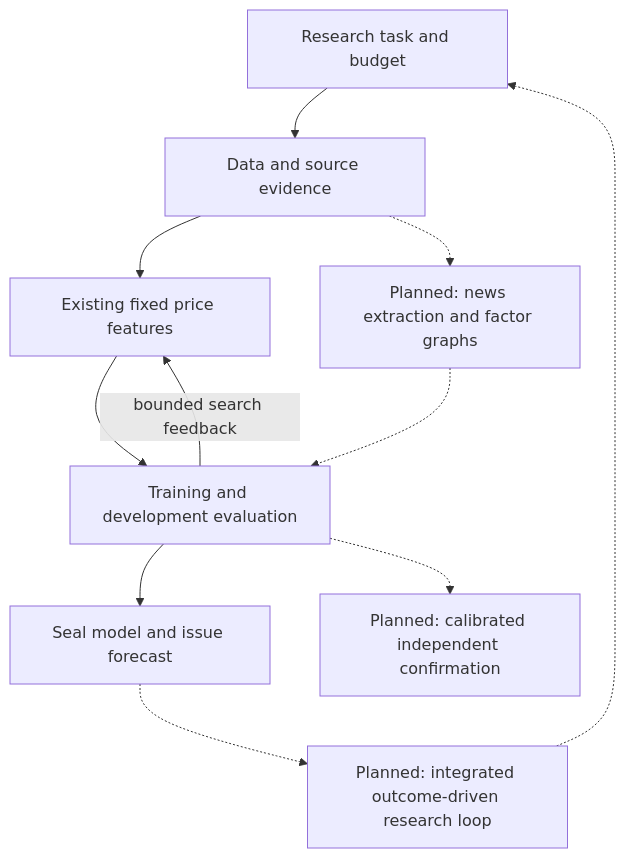
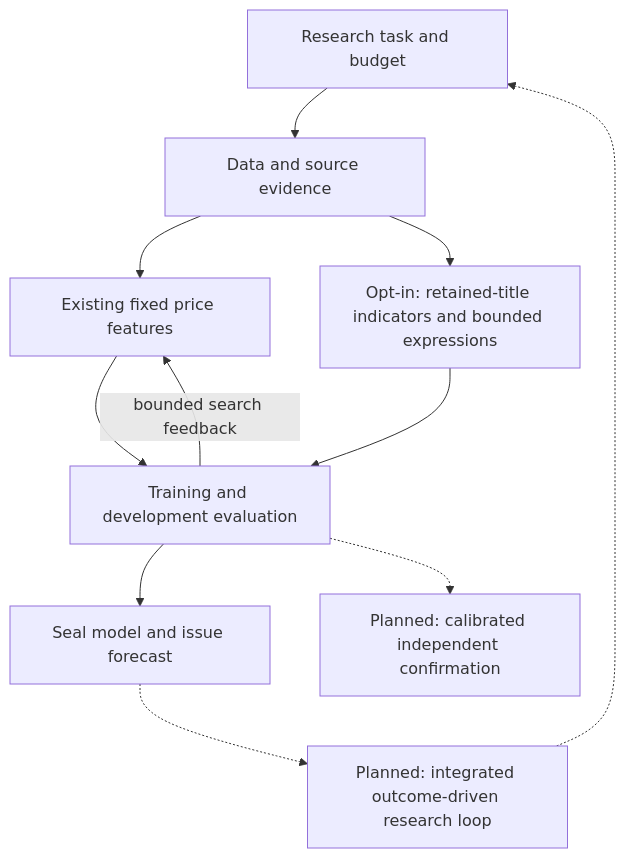
Before and after one commit to chickeyton/Quant_RSI: the second of 2 diagrams in README.md, drawn with Mermaid. The commit also changed other lines of this file and 16 other files, not shown here.

Commit message:
Add bounded factor discovery and event lifecycles

````diff
--- a/README.md
+++ b/README.md
@@ -57,13 +59,13 @@
 ```mermaid
 flowchart TD
     A["Research task and budget"] --> B["Data and source evidence"]
     B --> C["Existing fixed price features"]
-    B -.-> D["Planned: news extraction and factor graphs"]
+    B --> D["Opt-in: retained-title indicators and bounded expressions"]
     C --> E["Training and development evaluation"]
-    D -.-> E
+    D --> E
     E -->|"bounded search feedback"| C
     E --> F["Seal model and issue forecast"]
     E -.-> G["Planned: calibrated independent confirmation"]
     F -.-> H["Planned: integrated outcome-driven research loop"]
     H -.-> A
 ```
````
